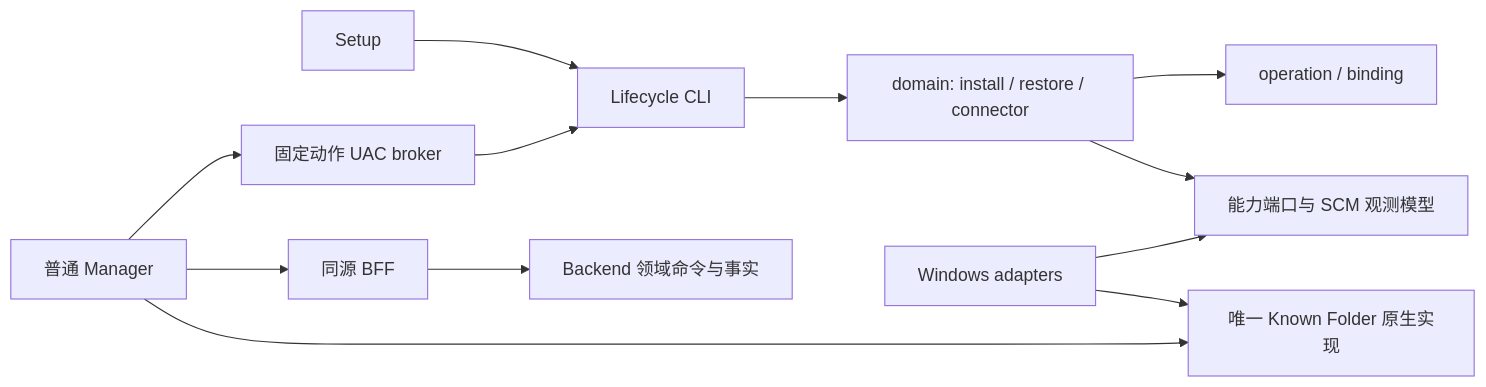
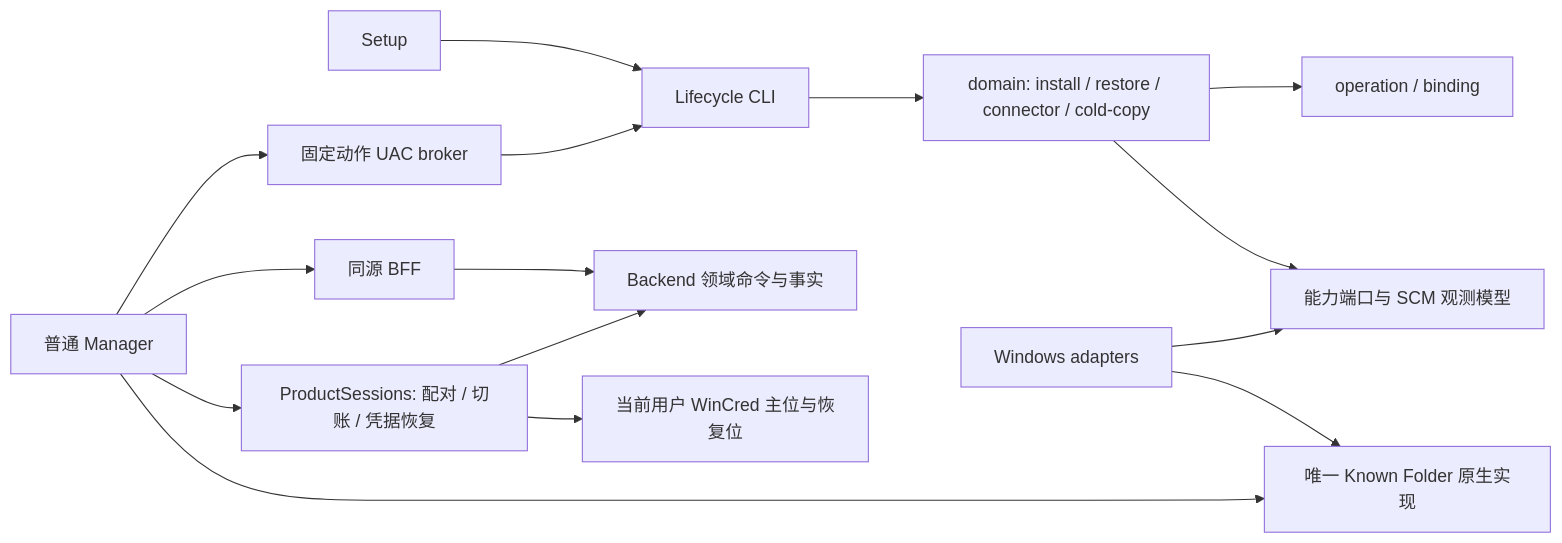
One commit to xxu29958-jpg/xpj changed the diagram in docs/architecture/WINDOWS_LIFECYCLE_BOUNDARIES.md. Above: the diagram before and after it, drawn with Mermaid. The commit also changed other lines of this file and 23 other files, not shown here.

````diff
--- a/docs/architecture/WINDOWS_LIFECYCLE_BOUNDARIES.md
+++ b/docs/architecture/WINDOWS_LIFECYCLE_BOUNDARIES.md
@@ -26,14 +26,17 @@
 ```mermaid
 flowchart LR
     Setup[Setup] --> CLI[Lifecycle CLI]
     Manager[普通 Manager] --> Broker[固定动作 UAC broker]
     Broker --> CLI
     Manager --> BFF[同源 BFF]
     BFF --> Backend[Backend 领域命令与事实]
-    CLI --> Domain[domain: install / restore / connector]
+    CLI --> Domain[domain: install / restore / connector / cold-copy]
+    Manager --> Sessions[ProductSessions: 配对 / 切账 / 凭据恢复]
+    Sessions --> WinCred[当前用户 WinCred 主位与恢复位]
+    Sessions --> Backend
     Domain --> Op[operation / binding]
     Domain --> Ports[能力端口与 SCM 观测模型]
     Native[Windows adapters] --> Ports
     Native --> Known[唯一 Known Folder 原生实现]
     Manager --> Known
 ```
````
